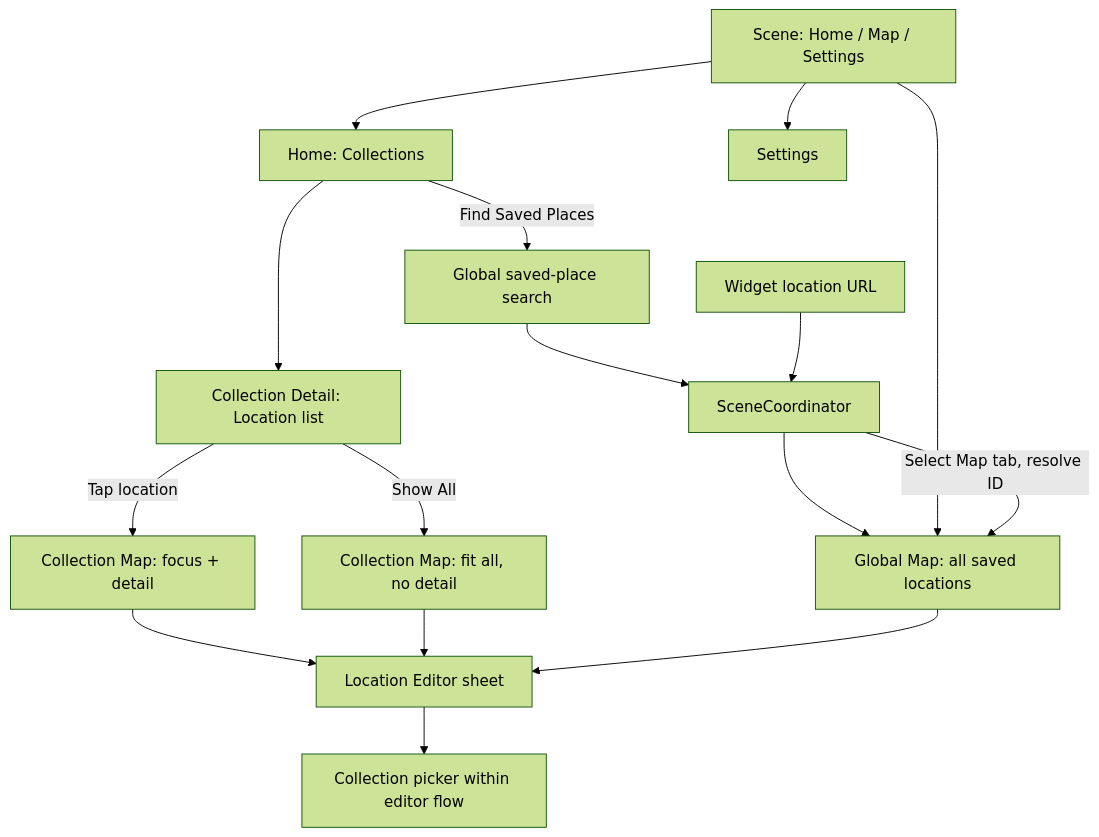
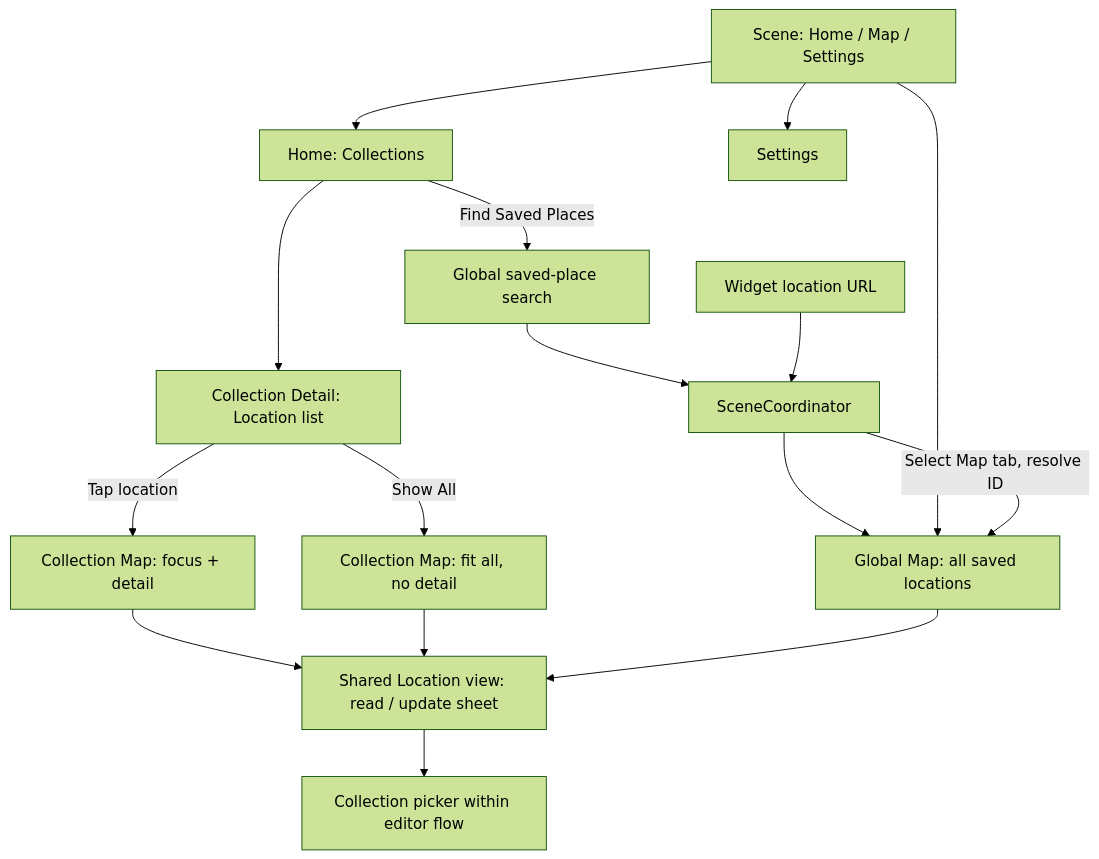
One commit to lhhiep2204/project-alpha changed the first of 2 diagrams in docs/05-navigation-and-deep-links.md. Above: the diagram before and after it, drawn with Mermaid (forest theme). The commit also changed other lines of this file and 83 other files, not shown here.

````diff
--- a/docs/05-navigation-and-deep-links.md
+++ b/docs/05-navigation-and-deep-links.md
@@ -5,19 +5,19 @@
 ```mermaid
 flowchart TD
     Tabs[Scene: Home / Map / Settings]
     Tabs --> Home[Home: Collections]
     Home -->|Find Saved Places| FindGlobal[Global saved-place search]
     FindGlobal --> Coordinator[SceneCoordinator]
     Coordinator --> Global
     Home --> Collection[Collection Detail: Location list]
     Collection -->|Tap location| Focus[Collection Map: focus + detail]
     Collection -->|Show All| Fit[Collection Map: fit all, no detail]
     Tabs --> Global[Global Map: all saved locations]
     Tabs --> Settings[Settings]
     Widget[Widget location URL] --> Coordinator
     Coordinator -->|Select Map tab, resolve ID| Global
-    Focus --> Editor[Location Editor sheet]
+    Focus --> Editor[Shared Location view: read / update sheet]
     Fit --> Editor
     Global --> Editor
     Editor --> Picker[Collection picker within editor flow]
 ```
````
